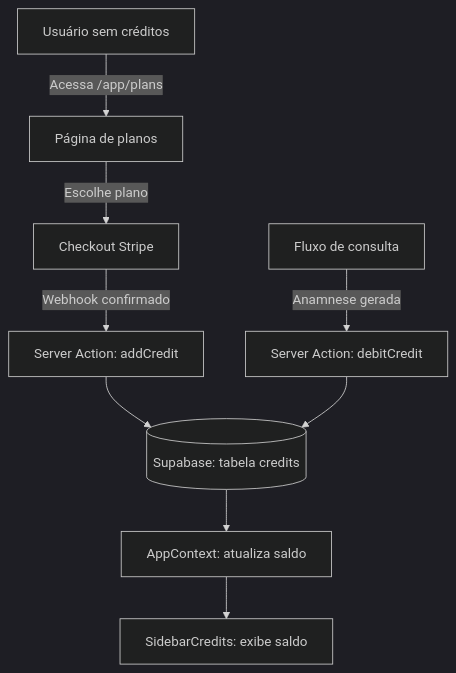
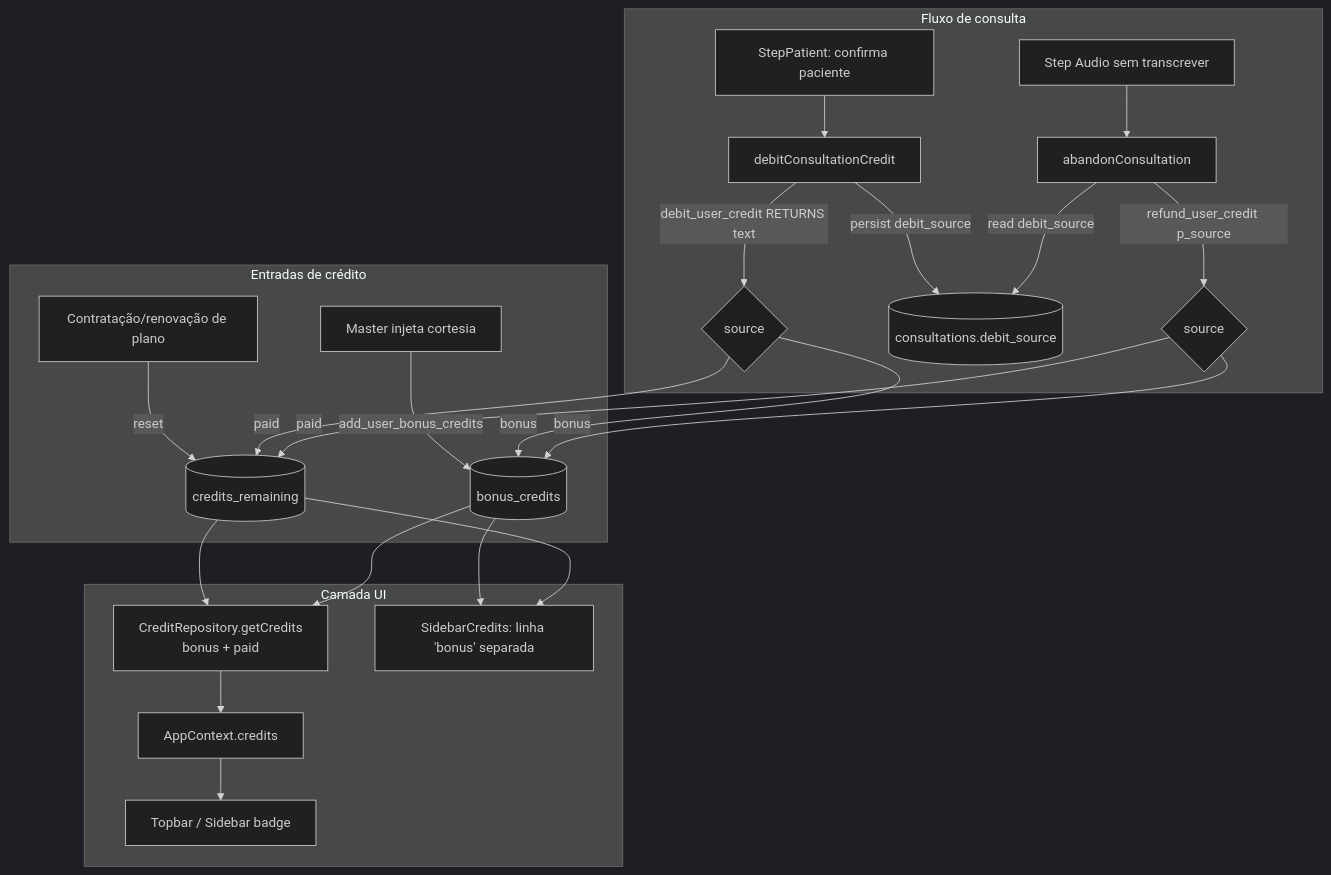
One commit to Startiatech/anamnsese-ia changed the sixth of 12 diagrams in docs/architecture.md. Above: the diagram before and after it, drawn with Mermaid (dark theme). The commit also changed other lines of this file and 1 other file, not shown here.

Commit message:
docs: build-doc da carteira simetrica e atualiza diagrama de creditos
Build-doc consolidando as 8 tasks de implementacao (migration, RPCs
simetricas, debit_source, refund por carteira, injecao master para
bonus, remocao da heranca trial, reset de quota, sync de UI).
Diagrama de Creditos em docs/architecture.md atualizado para refletir
as duas carteiras e o fluxo de origem->estorno simetrico.

````diff
--- a/docs/architecture.md
+++ b/docs/architecture.md
@@ -157,12 +169,29 @@
 ```mermaid
 flowchart TD
-    A[Usuário sem créditos] -->|Acessa /app/plans| B[Página de planos]
-    B -->|Escolhe plano| C[Checkout Stripe]
-    C -->|Webhook confirmado| D[Server Action: addCredit]
-    D --> E[(Supabase: tabela credits)]
+    subgraph Origens["Entradas de crédito"]
+        A1[Contratação/renovação de plano] -->|reset| CR[(credits_remaining)]
+        A2[Master injeta cortesia] -->|add_user_bonus_credits| BC[(bonus_credits)]
+    end
 
-    F[Fluxo de consulta] -->|Anamnese gerada| G[Server Action: debitCredit]
-    G --> E
-    E --> H[AppContext: atualiza saldo]
-    H --> I[SidebarCredits: exibe saldo]
+    subgraph Consumo["Fluxo de consulta"]
+        F[StepPatient: confirma paciente] --> G[debitConsultationCredit]
+        G -->|debit_user_credit RETURNS text| SRC{source}
+        SRC -->|bonus| BC
+        SRC -->|paid| CR
+        G -->|persist debit_source| CONS[(consultations.debit_source)]
+        F2[Step Audio sem transcrever] --> AB[abandonConsultation]
+        AB -->|read debit_source| CONS
+        AB -->|refund_user_credit p_source| REFUND{source}
+        REFUND -->|bonus| BC
+        REFUND -->|paid| CR
+    end
+
+    subgraph UI["Camada UI"]
+        CR --> SUM[CreditRepository.getCredits<br/>bonus + paid]
+        BC --> SUM
+        SUM --> CTX[AppContext.credits]
+        CTX --> TB[Topbar / Sidebar badge]
+        BC --> SB[SidebarCredits: linha 'bonus' separada]
+        CR --> SB
+    end
 ```
````
